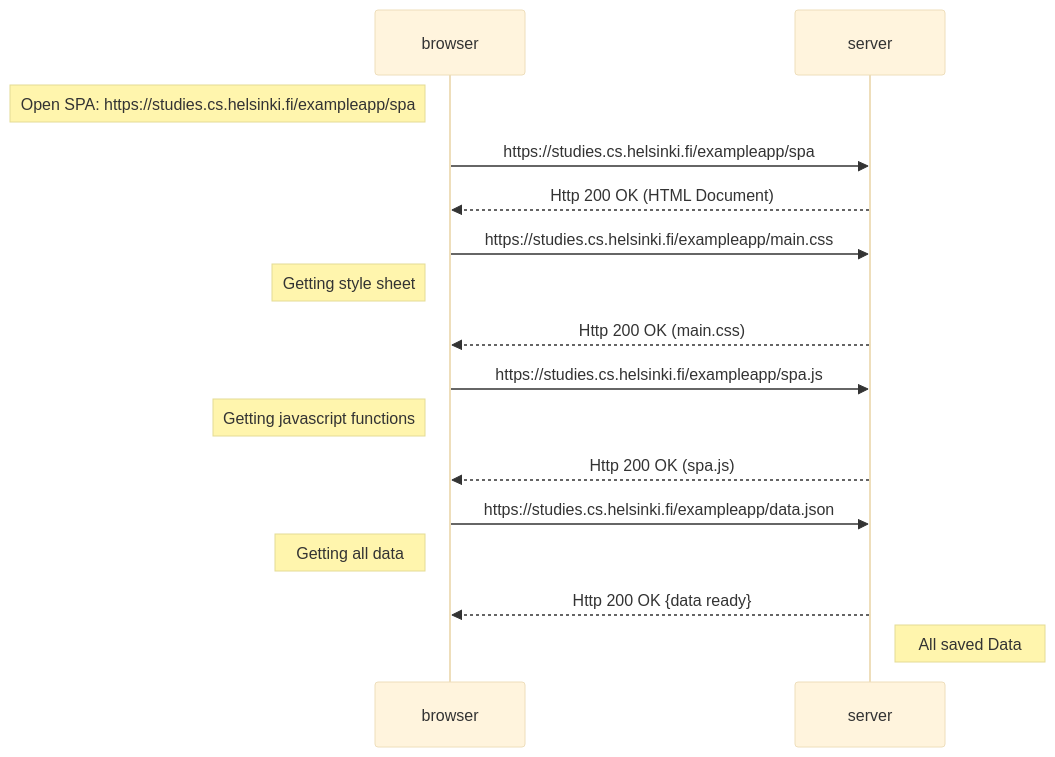
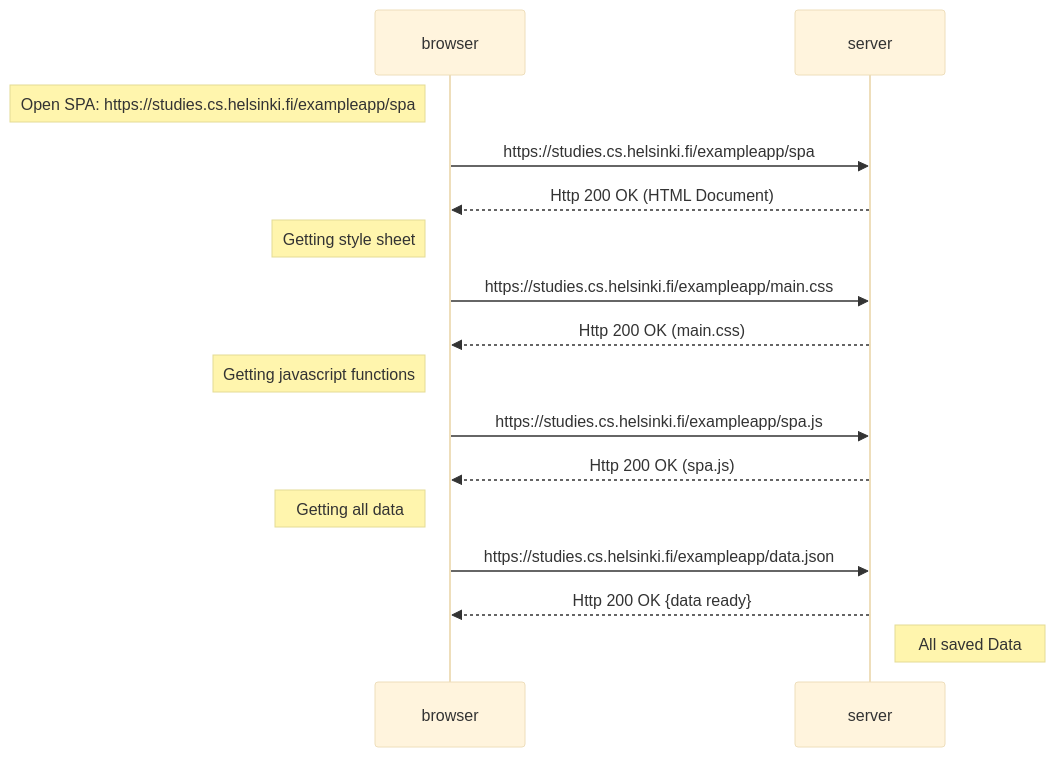
The diagram in 06.md (ArielCS0625/Ejercicios-0.4-0.6-), drawn with Mermaid (base theme) before and after one commit.

````diff
--- a/06.md
+++ b/06.md
@@ -1,25 +1,24 @@
   ```mermaid
   sequenceDiagram
       participant browser
       participant server
 
       Note left of browser: Open SPA: https://studies.cs.helsinki.fi/exampleapp/spa
       browser->>server: https://studies.cs.helsinki.fi/exampleapp/spa   
       server-->>browser: Http 200 OK (HTML Document)
 
-      browser->>server: https://studies.cs.helsinki.fi/exampleapp/main.css
       Note left of browser: Getting style sheet
+      browser->>server: https://studies.cs.helsinki.fi/exampleapp/main.css     
       server-->>browser: Http 200 OK (main.css)
 
-      browser->>server: https://studies.cs.helsinki.fi/exampleapp/spa.js
       Note left of browser: Getting javascript functions
+      browser->>server: https://studies.cs.helsinki.fi/exampleapp/spa.js      
       server-->>browser: Http 200 OK (spa.js)
 
-
-      browser->>server: https://studies.cs.helsinki.fi/exampleapp/data.json
       Note left of browser: Getting all data
+      browser->>server: https://studies.cs.helsinki.fi/exampleapp/data.json      
       server-->>browser: Http 200 OK {data ready}
       Note right of server: All saved Data
 
  
   ```
````
